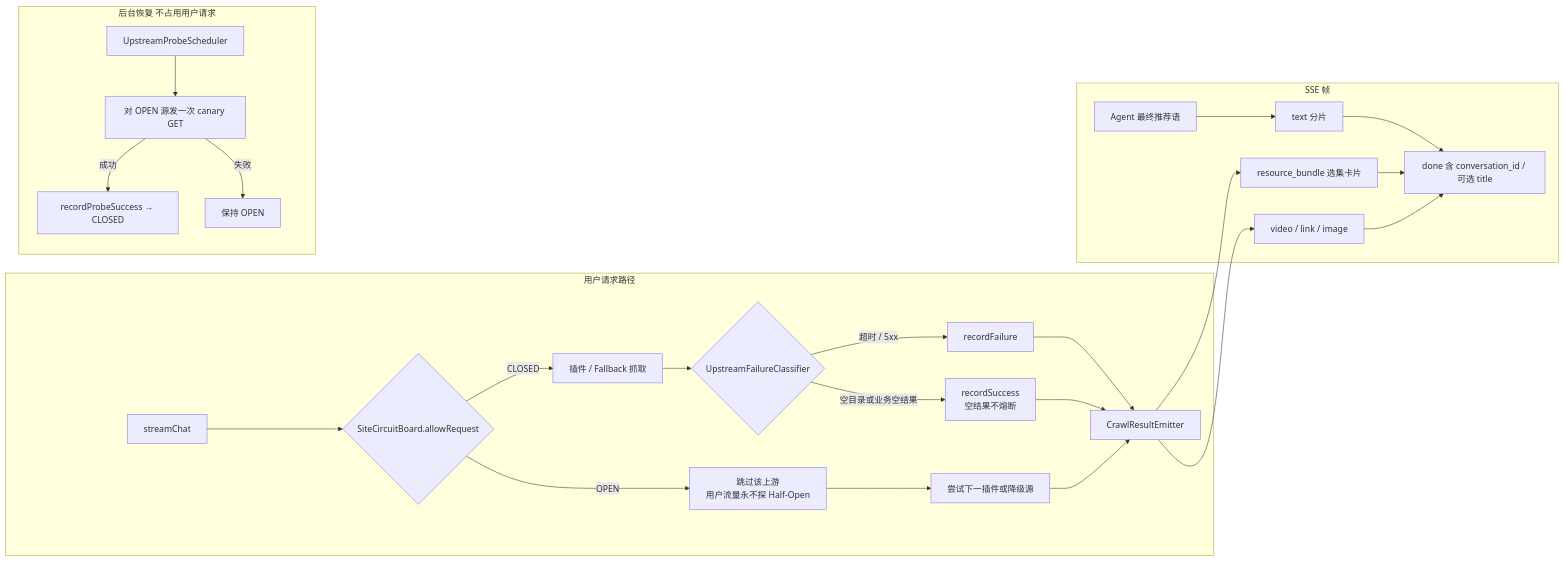
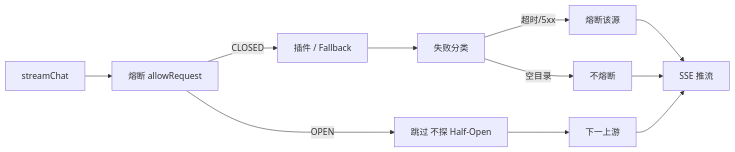
One commit to Yinhaha2/DelaynomoreBackEnd changed the fifth of 7 diagrams in README.md. Above: the diagram before and after it, drawn with Mermaid. The commit also changed other lines of this file, not shown here.

First line of the commit message:
docs: compact README mermaid so GitHub renders full diagrams

````diff
--- a/README.md
+++ b/README.md
@@ -179,33 +137,13 @@
 ```mermaid
 flowchart LR
-  subgraph req["用户请求路径"]
-    In["streamChat"]
-    Gate{"SiteCircuitBoard.allowRequest"}
-    In --> Gate
-    Gate -->|CLOSED| Crawl["插件 / Fallback 抓取"]
-    Gate -->|OPEN| Skip["跳过该上游<br/>用户流量永不探 Half-Open"]
-    Crawl --> Class{"UpstreamFailureClassifier"}
-    Class -->|超时 / 5xx| Fail["recordFailure"]
-    Class -->|空目录或业务空结果| Ok["recordSuccess<br/>空结果不熔断"]
-    Fail --> Out
-    Ok --> Out
-    Skip --> Next["尝试下一插件或降级源"]
-    Next --> Out["CrawlResultEmitter"]
-  end
-
-  subgraph sse["SSE 帧"]
-    Out --> RB["resource_bundle 选集卡片"]
-    Out --> V["video / link / image"]
-    LLM2["Agent 最终推荐语"] --> T["text 分片"]
-    T --> Done["done 含 conversation_id / 可选 title"]
-    RB --> Done
-    V --> Done
-  end
-
-  subgraph bg["后台恢复 不占用用户请求"]
-    Sch["UpstreamProbeScheduler"]
-    Sch --> Canary["对 OPEN 源发一次 canary GET"]
-    Canary -->|成功| Close["recordProbeSuccess → CLOSED"]
-    Canary -->|失败| Stay["保持 OPEN"]
-  end
+  In["streamChat"] --> Gate["熔断 allowRequest"]
+  Gate -->|CLOSED| Crawl["插件 / Fallback"]
+  Gate -->|OPEN| Skip["跳过 不探 Half-Open"]
+  Crawl --> Cls["失败分类"]
+  Cls -->|超时/5xx| Fail["熔断该源"]
+  Cls -->|空目录| OK["不熔断"]
+  Skip --> Next["下一上游"]
+  Fail --> EMIT["SSE 推流"]
+  OK --> EMIT
+  Next --> EMIT
 ```
````
